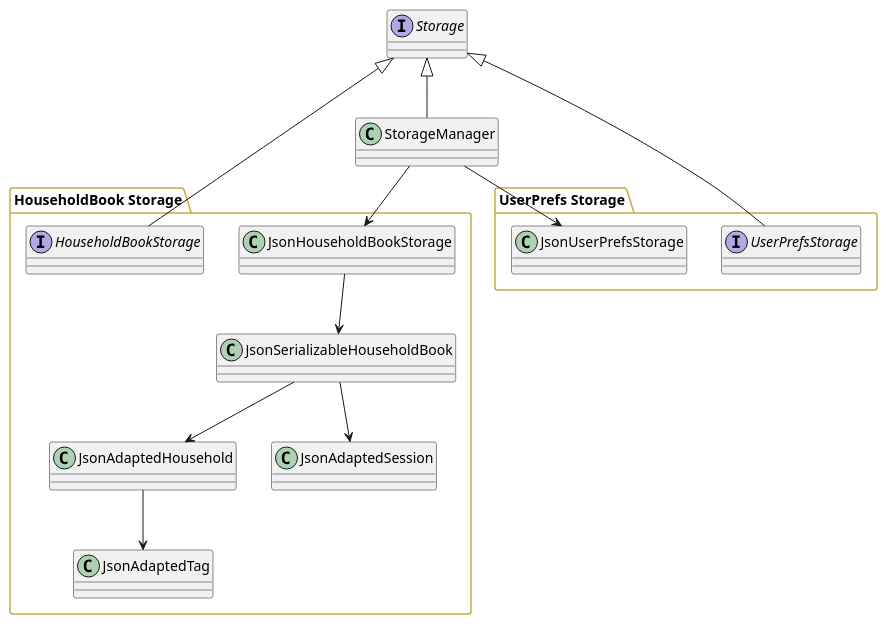
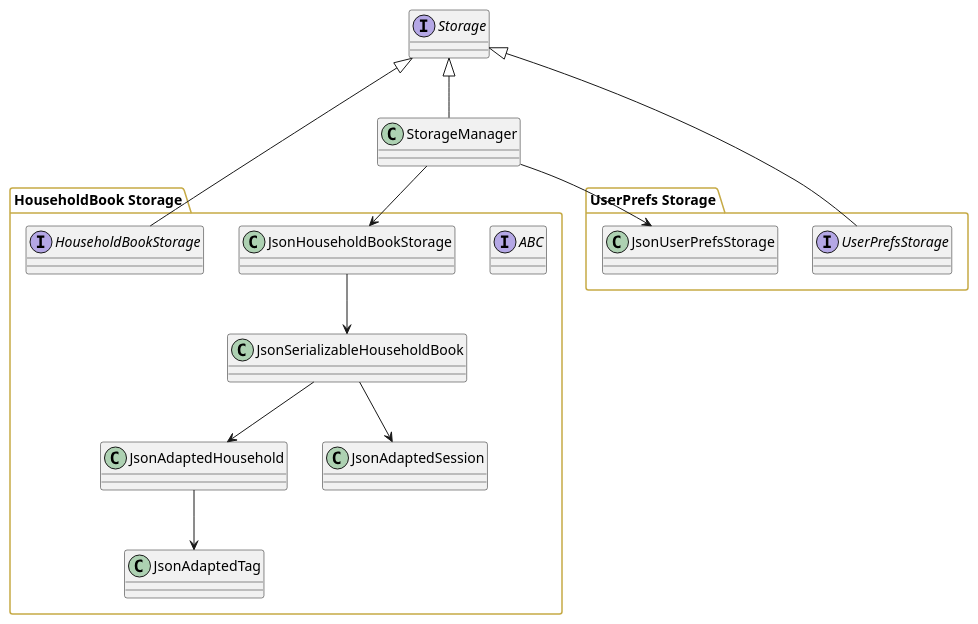
Before and after one commit to AY2425S2-CS2103T-F10-2/tp: the diagram in diagrams/StorageClassDiagram.puml, drawn with PlantUML. The commit also changed 24 other files, not shown here.

```diff
--- a/diagrams/StorageClassDiagram.puml
+++ b/diagrams/StorageClassDiagram.puml
@@ -1,48 +1,49 @@
 @startuml
 
 skinparam packageTitleFontColor #FFFFFF
 skinparam packageTitleBackgroundColor #8E7F29
 skinparam packageBorderColor #C6AA46
 
 ' Top-level interface in the middle
 interface Storage
 
 ' Middle-level class that depends on both storages
 class StorageManager
 
 ' Left side: HouseholdBook Storage box
 package "HouseholdBook Storage" {
+    interface ABC
     interface HouseholdBookStorage
     class JsonHouseholdBookStorage
     class JsonSerializableHouseholdBook
     class JsonAdaptedHousehold
     class JsonAdaptedSession
     class JsonAdaptedTag
 }
 
 ' Right side: UserPrefs Storage box
 package "UserPrefs Storage" {
     interface UserPrefsStorage
     class JsonUserPrefsStorage
 }
 
 ' Show that Storage extends both HouseholdBookStorage and UserPrefsStorage
 HouseholdBookStorage -up-|> Storage
 UserPrefsStorage -up-|> Storage
 
 ' StorageManager implements/uses the Storage interface
 Storage <|-- StorageManager
 
 ' Show usage and dependency from StorageManager to the actual implementations
 StorageManager --> JsonHouseholdBookStorage
 StorageManager --> JsonUserPrefsStorage
 
 ' Show that JsonHouseholdBookStorage uses JsonSerializableHouseholdBook
 JsonHouseholdBookStorage --> JsonSerializableHouseholdBook
 
 ' Inside JsonSerializableHouseholdBook, we have references to adapted classes
 JsonSerializableHouseholdBook --> JsonAdaptedHousehold
 JsonSerializableHouseholdBook --> JsonAdaptedSession
 JsonAdaptedHousehold --> JsonAdaptedTag
 
 @enduml
```
